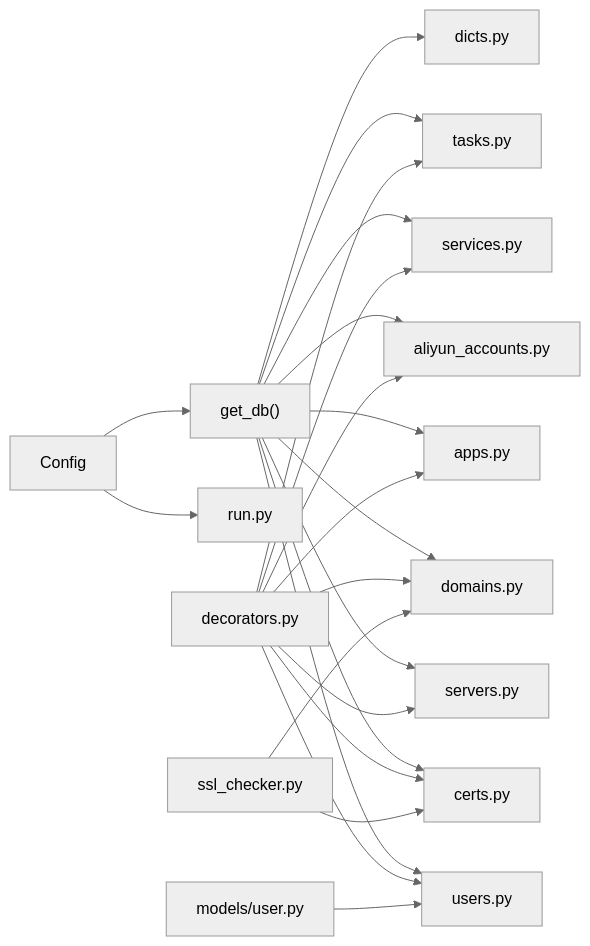
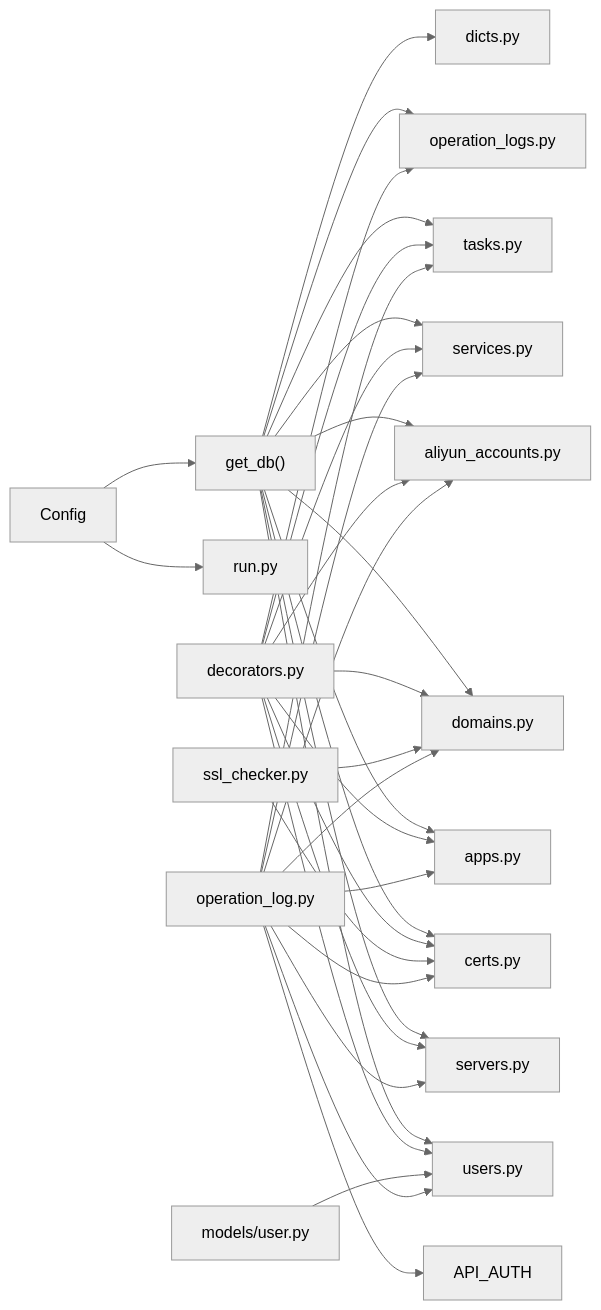
One commit to ismine3/OPS changed the sixth of 6 diagrams in .qoder/repowiki/zh/content/数据库设计.md. Above: the diagram before and after it, drawn with Mermaid (neutral theme). The commit also changed other lines of this file and 39 other files, not shown here.

````diff
--- a/.qoder/repowiki/zh/content/数据库设计.md
+++ b/.qoder/repowiki/zh/content/数据库设计.md
@@ -549,25 +609,36 @@
 ```mermaid
 graph LR
 CFG["Config"] --> DBU["get_db()"]
 CFG --> RUN["run.py"]
 DBU --> API_USERS["users.py"]
 DBU --> API_SERVERS["servers.py"]
 DBU --> API_APPS["apps.py"]
 DBU --> API_CERTS["certs.py"]
 DBU --> API_ALIYUN_ACCOUNTS["aliyun_accounts.py"]
 DBU --> API_DOMAINS["domains.py"]
 DBU --> API_DICTS["dicts.py"]
 DBU --> API_SERVICES["services.py"]
 DBU --> API_TASKS["tasks.py"]
+DBU --> API_OPERATION_LOGS["operation_logs.py"]
 DECOR["decorators.py"] --> API_USERS
 DECOR --> API_SERVERS
 DECOR --> API_APPS
 DECOR --> API_CERTS
 DECOR --> API_ALIYUN_ACCOUNTS
 DECOR --> API_DOMAINS
 DECOR --> API_SERVICES
 DECOR --> API_TASKS
+DECOR --> API_OPERATION_LOGS
 MODEL["models/user.py"] --> API_USERS
 SSLUTIL["ssl_checker.py"] --> API_CERTS
 SSLUTIL --> API_DOMAINS
+OPLOGUTIL["operation_log.py"] --> API_USERS
+OPLOGUTIL --> API_SERVERS
+OPLOGUTIL --> API_APPS
+OPLOGUTIL --> API_CERTS
+OPLOGUTIL --> API_ALIYUN_ACCOUNTS
+OPLOGUTIL --> API_DOMAINS
+OPLOGUTIL --> API_SERVICES
+OPLOGUTIL --> API_TASKS
+OPLOGUTIL --> API_AUTH
 ```
````
